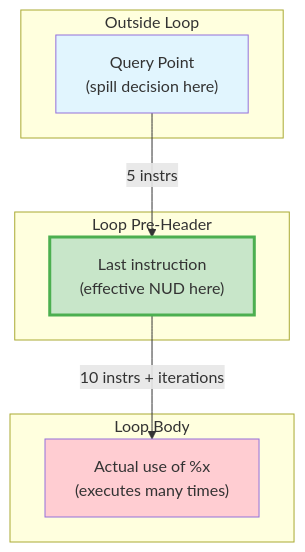
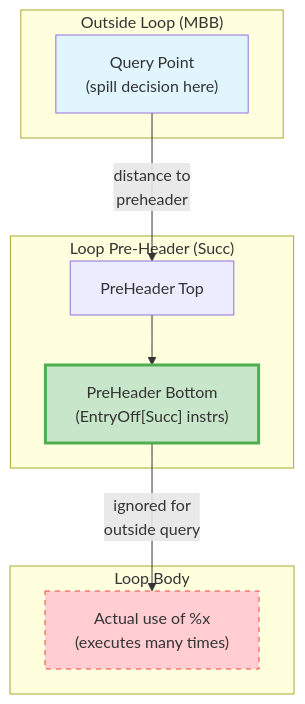
The first of 3 diagrams in SSA_Spiller/04-Design/NextUseAnalysis.md (alex-t/ssa-spiller-docs), drawn with Mermaid before and after one commit. The commit also changed other lines of this file, not shown here.

Commit message:
Loop truncate-at-pre-header heuristics explained.

````diff
--- a/SSA_Spiller/04-Design/NextUseAnalysis.md
+++ b/SSA_Spiller/04-Design/NextUseAnalysis.md
@@ -146,21 +171,23 @@
 ```mermaid
 flowchart TD
-    subgraph Outside["Outside Loop"]
+    subgraph Outside["Outside Loop (MBB)"]
         Query["Query Point<br/>(spill decision here)"]
     end
     
-    subgraph PreHeader["Loop Pre-Header"]
-        PHLast["Last instruction<br/>(effective NUD here)"]
+    subgraph PreHeader["Loop Pre-Header (Succ)"]
+        PHTop["PreHeader Top"]
+        PHLast["PreHeader Bottom<br/>(EntryOff[Succ] instrs)"]
+        PHTop --> PHLast
     end
     
     subgraph Loop["Loop Body"]
         Use["Actual use of %x<br/>(executes many times)"]
     end
     
-    Query -->|"5 instrs"| PHLast
-    PHLast -->|"10 instrs + iterations"| Use
+    Query -->|"distance to<br/>preheader"| PHTop
+    PHLast -->|"ignored for<br/>outside query"| Use
     
     style Query fill:#e1f5fe
     style PHLast fill:#c8e6c9,stroke:#4CAF50,stroke-width:3px
-    style Use fill:#ffcdd2
+    style Use fill:#ffcdd2,stroke:#f44336,stroke-dasharray: 5 5
 ```
````
